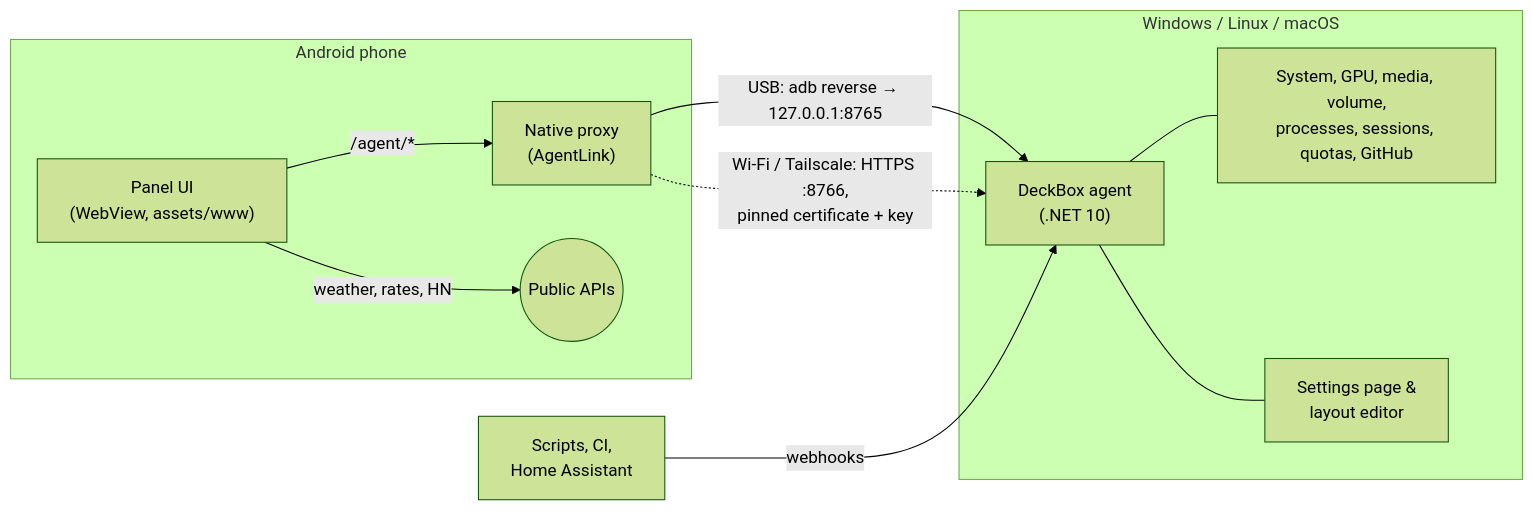
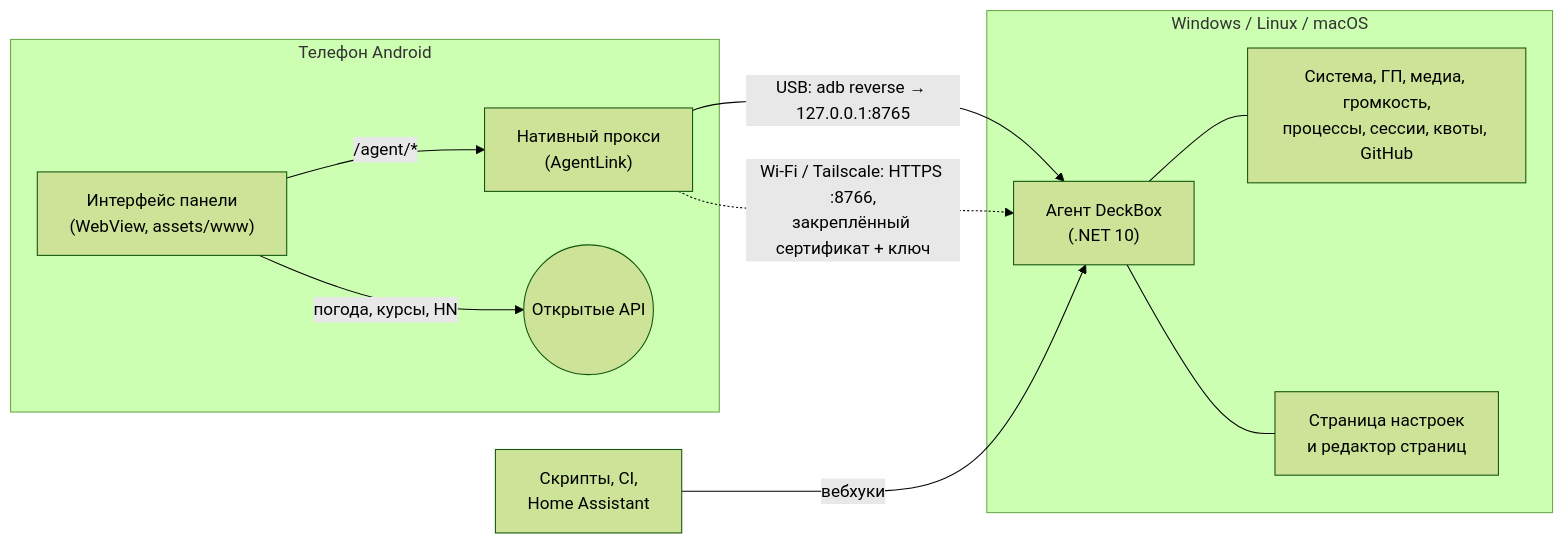
One commit to Dubstep2004/DeckBox changed the diagram in docs/DEVELOPMENT.md. Above: the diagram before and after it, drawn with Mermaid (forest theme). The commit also changed other lines of this file and 30 other files, not shown here.

First line of the commit message:
DeckBox 1.1.0: documentation in Russian, Moscow defaults, PRO hero

````diff
--- a/docs/DEVELOPMENT.md
+++ b/docs/DEVELOPMENT.md
@@ -9,15 +9,15 @@
 ```mermaid
 flowchart LR
-  subgraph Phone["Android phone"]
-    UI["Panel UI<br/>(WebView, assets/www)"] -->|"/agent/*"| Proxy["Native proxy<br/>(AgentLink)"]
-    UI -->|weather, rates, HN| Web(("Public APIs"))
+  subgraph Phone["Телефон Android"]
+    UI["Интерфейс панели<br/>(WebView, assets/www)"] -->|"/agent/*"| Proxy["Нативный прокси<br/>(AgentLink)"]
+    UI -->|погода, курсы, HN| Web(("Открытые API"))
   end
   subgraph PC["Windows / Linux / macOS"]
-    Agent["DeckBox agent<br/>(.NET 10)"]
-    Agent --- Mon["System, GPU, media, volume,<br/>processes, sessions, quotas, GitHub"]
-    Agent --- Set["Settings page &<br/>layout editor"]
+    Agent["Агент DeckBox<br/>(.NET 10)"]
+    Agent --- Mon["Система, ГП, медиа, громкость,<br/>процессы, сессии, квоты, GitHub"]
+    Agent --- Set["Страница настроек<br/>и редактор страниц"]
   end
   Proxy -->|"USB: adb reverse → 127.0.0.1:8765"| Agent
-  Proxy -.->|"Wi-Fi / Tailscale: HTTPS :8766,<br/>pinned certificate + key"| Agent
-  Hooks["Scripts, CI,<br/>Home Assistant"] -->|webhooks| Agent
+  Proxy -.->|"Wi-Fi / Tailscale: HTTPS :8766,<br/>закреплённый сертификат + ключ"| Agent
+  Hooks["Скрипты, CI,<br/>Home Assistant"] -->|вебхуки| Agent
 ```
````
